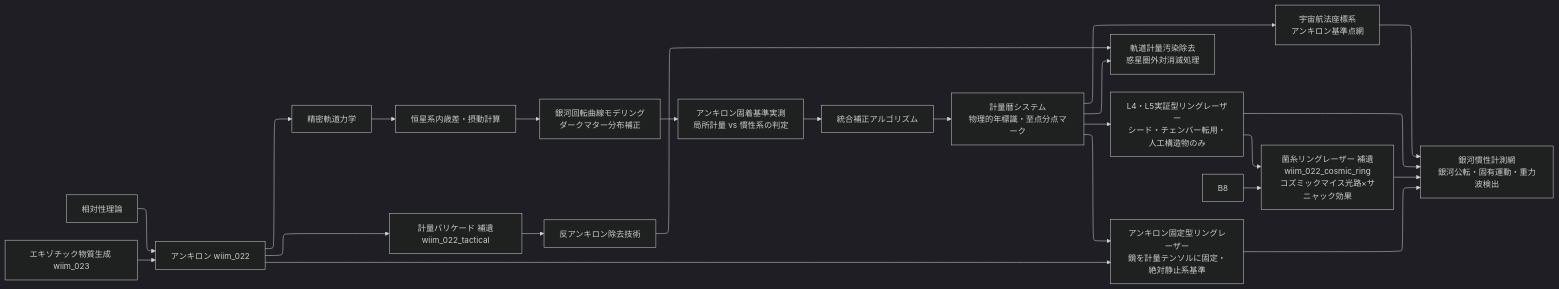
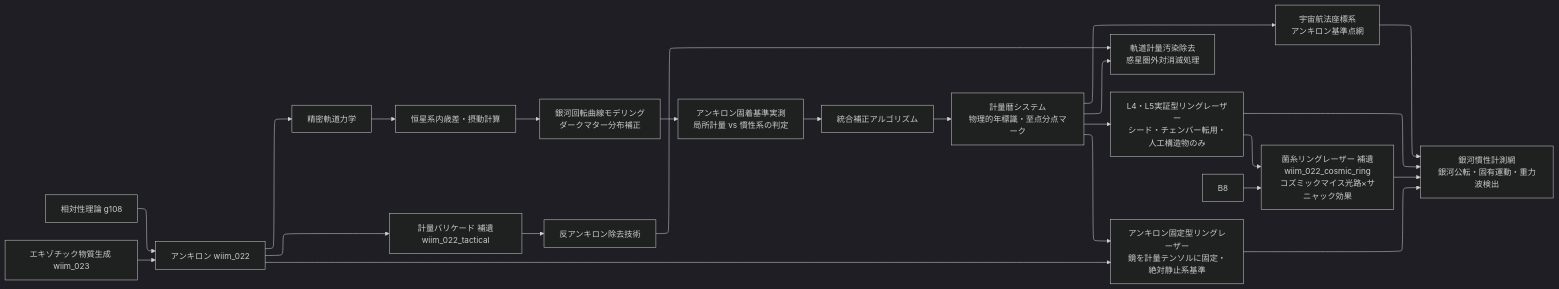
The fifth of 11 diagrams in docs/notes/tech_tree.md (theronium/WhatIfImpossible), drawn with Mermaid (dark theme) before and after one commit. The commit also changed other lines of this file and 73 other files, not shown here.

````diff
--- a/docs/notes/tech_tree.md
+++ b/docs/notes/tech_tree.md
@@ -252,32 +252,32 @@
 ```mermaid
 %%{init: {"layout": "elk"}}%%
 flowchart LR
-    M1[相対性理論]
+    M1[相対性理論 g108]
     M2[エキゾチック物質生成 wiim_023]
 
     M1 --> M3[アンキロン wiim_022]
     M2 --> M3
 
     M3 --> M4[精密軌道力学]
     M4 --> M5[恒星系内歳差・摂動計算]
     M5 --> M6[銀河回転曲線モデリング\nダークマター分布補正]
     M6 --> M7[アンキロン固着基準実測\n局所計量 vs 慣性系の判定]
     M7 --> M8[統合補正アルゴリズム]
     M8 --> M9[計量暦システム\n物理的年標識・至点分点マーク]
     M9 --> M10[宇宙航法座標系\nアンキロン基準点網]
 
     M3 --> M11[計量バリケード 補遺wiim_022_tactical]
     M11 --> M12[反アンキロン除去技術]
     M12 --> M13[軌道計量汚染除去\n惑星圏外対消滅処理]
     M9 --> M13
 
     M9 --> M14[L4・L5実証型リングレーザー\nシード・チェンバー転用・人工構造物のみ]
     M14 --> M15[菌糸リングレーザー 補遺wiim_022_cosmic_ring\nコズミックマイス光路×サニャック効果]
     B8 --> M15
     M3 --> M16[アンキロン固定型リングレーザー\n鏡を計量テンソルに固定・絶対静止系基準]
     M9 --> M16
     M14 --> M17[銀河慣性計測網\n銀河公転・固有運動・重力波検出]
     M15 --> M17
     M16 --> M17
     M10 --> M17
 ```
````
